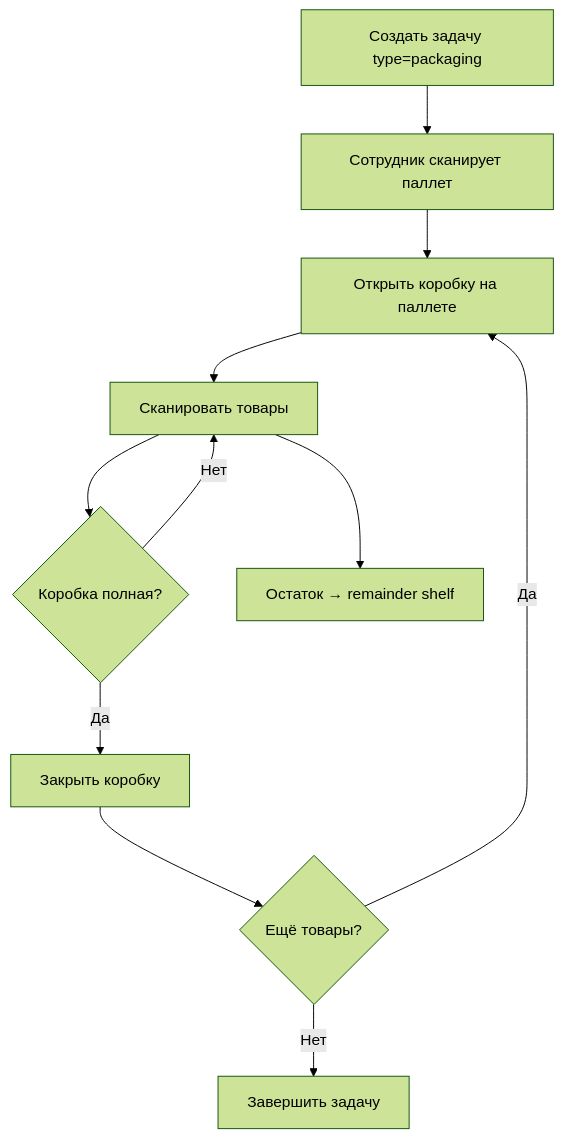
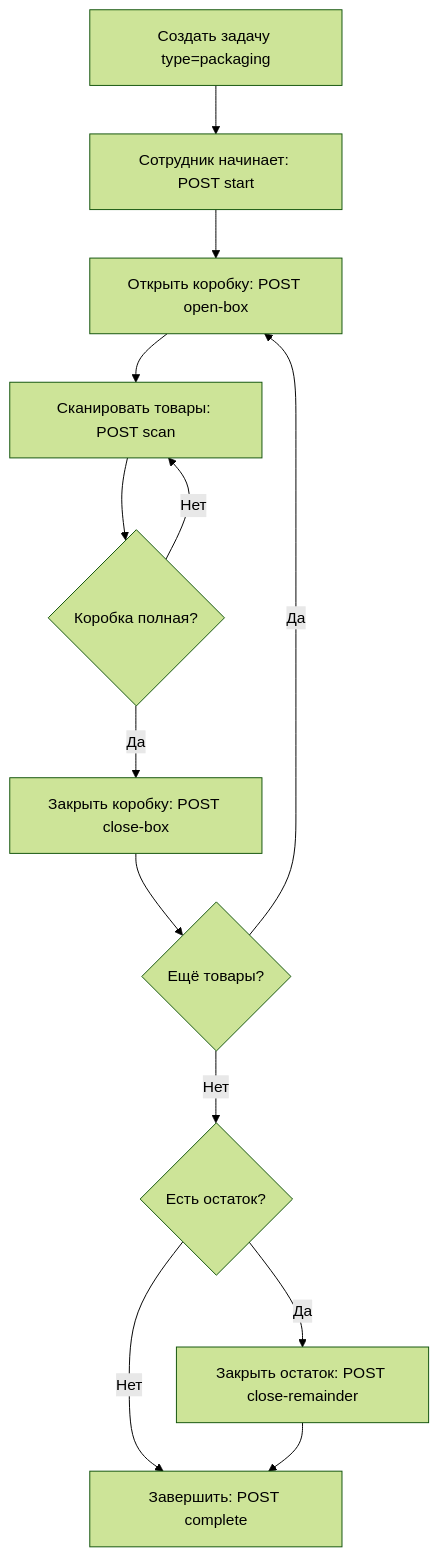
Before and after one commit to arra123/Sklad_control: the diagram in docs/Модули/Упаковка.md, drawn with Mermaid (forest theme). The commit also changed other lines of this file and 19 other files, not shown here.

````diff
--- a/docs/Модули/Упаковка.md
+++ b/docs/Модули/Упаковка.md
@@ -5,13 +11,15 @@
 ```mermaid
 graph TD
-    A[Создать задачу type=packaging] --> B[Сотрудник сканирует паллет]
-    B --> C[Открыть коробку на паллете]
-    C --> D[Сканировать товары]
+    A[Создать задачу type=packaging] --> B[Сотрудник начинает: POST start]
+    B --> C[Открыть коробку: POST open-box]
+    C --> D[Сканировать товары: POST scan]
     D --> E{Коробка полная?}
-    E -->|Да| F[Закрыть коробку]
+    E -->|Да| F[Закрыть коробку: POST close-box]
     E -->|Нет| D
     F --> G{Ещё товары?}
     G -->|Да| C
-    G -->|Нет| H[Завершить задачу]
-    D --> I[Остаток → remainder shelf]
+    G -->|Нет| H{Есть остаток?}
+    H -->|Да| I[Закрыть остаток: POST close-remainder]
+    H -->|Нет| J[Завершить: POST complete]
+    I --> J
 ```
````
